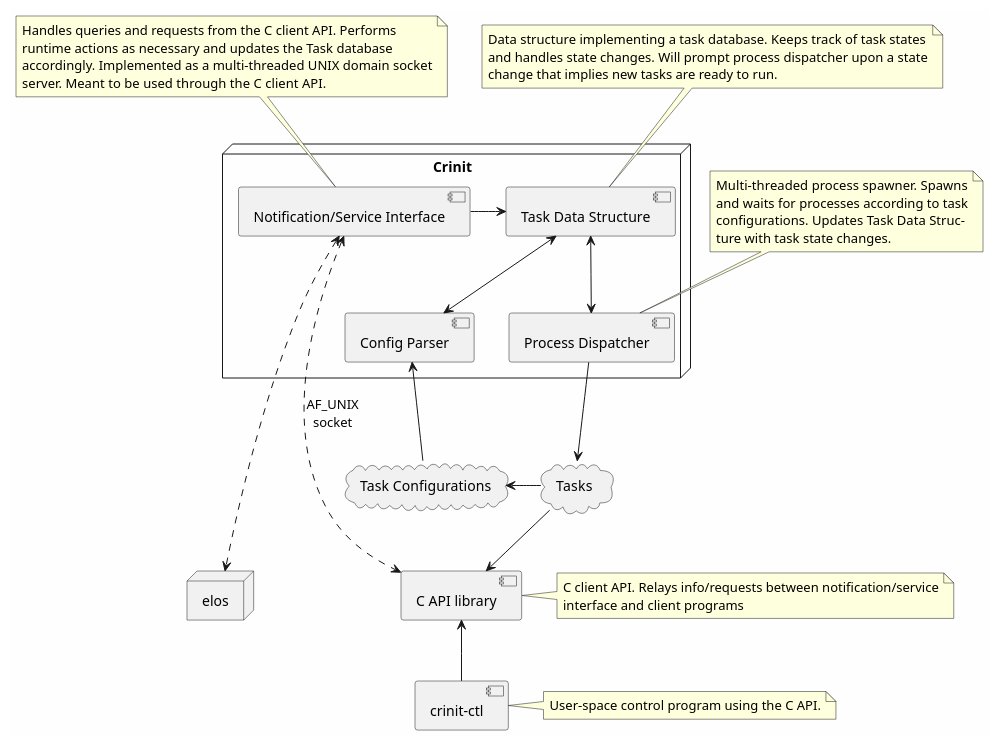
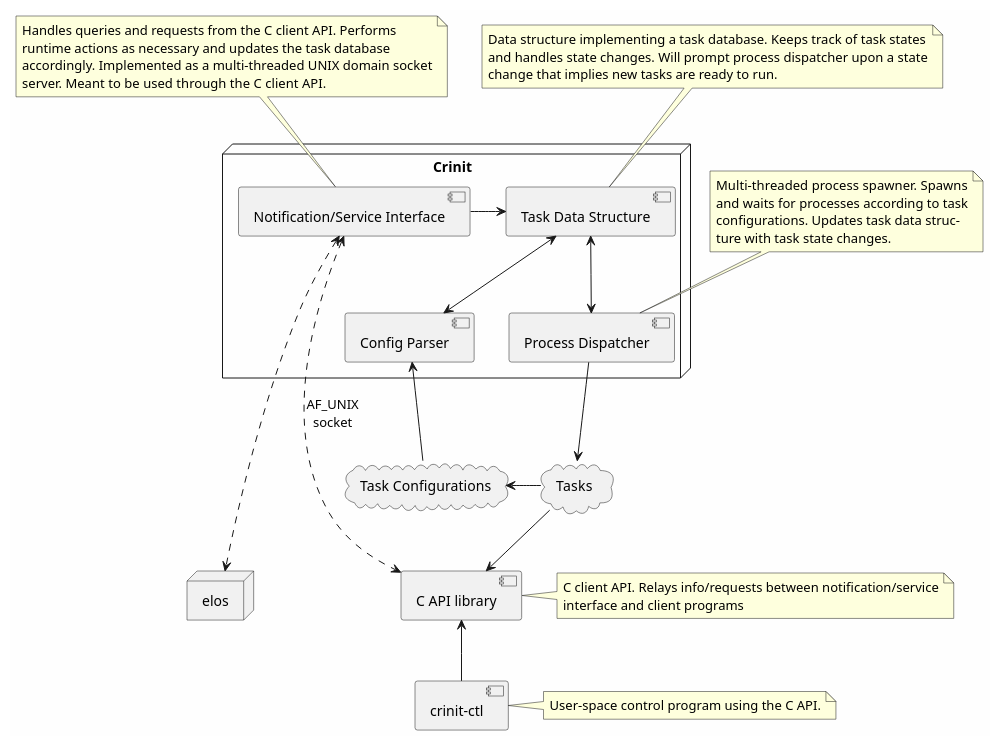
Before and after one commit to Elektrobit/crinit: the diagram in images/rootfs_init_comp.plantuml, drawn with PlantUML. The commit also changed 1 other file, not shown here.

Commit message:
doc: fix typos in README diagram #19545

```diff
--- a/images/rootfs_init_comp.plantuml
+++ b/images/rootfs_init_comp.plantuml
@@ -1,54 +1,54 @@
 @startuml
 skinparam backgroundColor #FEFEFE
 node "Crinit" {
 	component "Task Data Structure" as task_data
 	component "Notification/Service Interface" as notify_if
 	component "Process Dispatcher" as proc_dispatch
 	component "Config Parser" as config_parser
 }
 cloud "Tasks" as tasks
 component "C API library" as notify_lib
 component "crinit-ctl" as cctl
 cloud "Task Configurations" as task_configs
 node "elos" as elos
 
 notify_if <-down..-> notify_lib : AF_UNIX\nsocket
 notify_if <-..-> elos
 task_configs -up-> config_parser
 proc_dispatch -right-> tasks
 tasks -right-> notify_lib
 tasks -left-> task_configs
 proc_dispatch <-up-> task_data
 notify_if -left-> task_data
 config_parser <-up-> task_data
 notify_lib <-- cctl
 
 note top of notify_if
     Handles queries and requests from the C client API. Performs
-    runtime actions as necessary and updates the Task database
+    runtime actions as necessary and updates the task database
     accordingly. Implemented as a multi-threaded UNIX domain socket
     server. Meant to be used through the C client API.
 end note
 
 note top of task_data
     Data structure implementing a task database. Keeps track of task states
     and handles state changes. Will prompt process dispatcher upon a state
     change that implies new tasks are ready to run.
 end note
 
 note right of notify_lib
     C client API. Relays info/requests between notification/service
     interface and client programs
 end note
 
 note top of proc_dispatch
     Multi-threaded process spawner. Spawns
     and waits for processes according to task
-    configurations. Updates Task Data Struc-
+    configurations. Updates task data struc-
     ture with task state changes.
 end note
 
 note right of cctl
     User-space control program using the C API.
 end note
 @enduml
```
